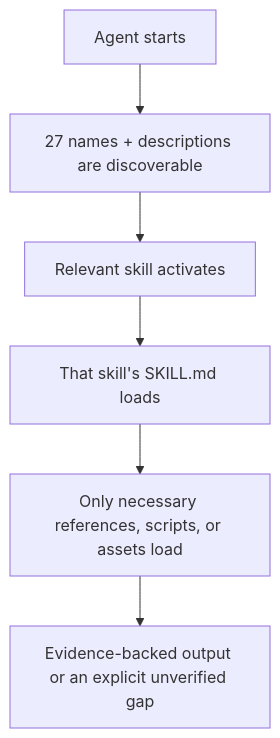
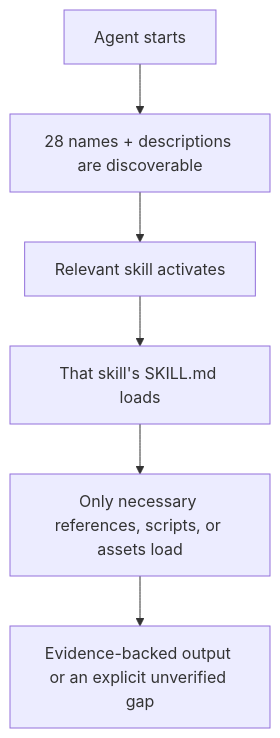
One commit to udaysharmadev/Skills changed the second of 2 diagrams in README.md. Above: the diagram before and after it, drawn with Mermaid. The commit also changed other lines of this file and 8 other files, not shown here.

````diff
--- a/README.md
+++ b/README.md
@@ -216,8 +217,8 @@
 ```mermaid
 flowchart TD
-    A["Agent starts"] --> B["27 names + descriptions are discoverable"]
+    A["Agent starts"] --> B["28 names + descriptions are discoverable"]
     B --> C["Relevant skill activates"]
     C --> D["That skill's SKILL.md loads"]
     D --> E["Only necessary references, scripts, or assets load"]
     E --> F["Evidence-backed output or an explicit unverified gap"]
 ```
````
